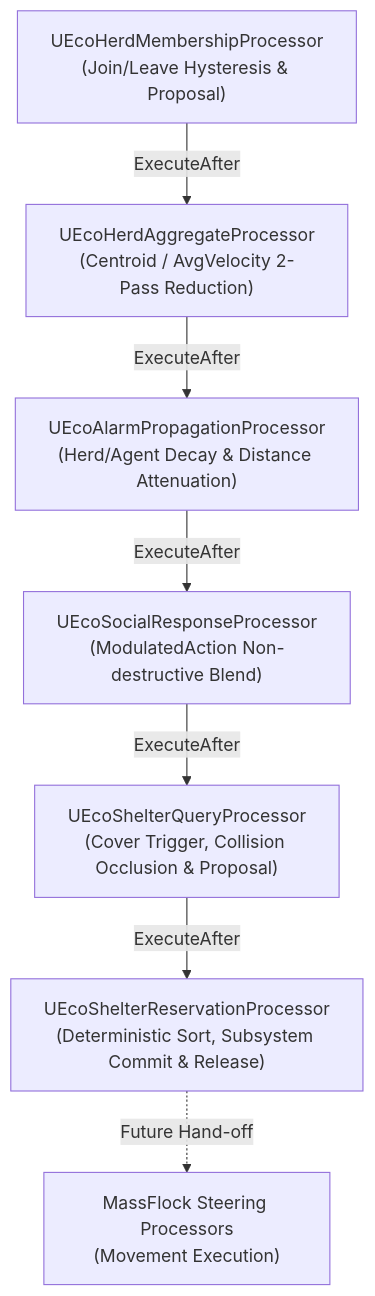
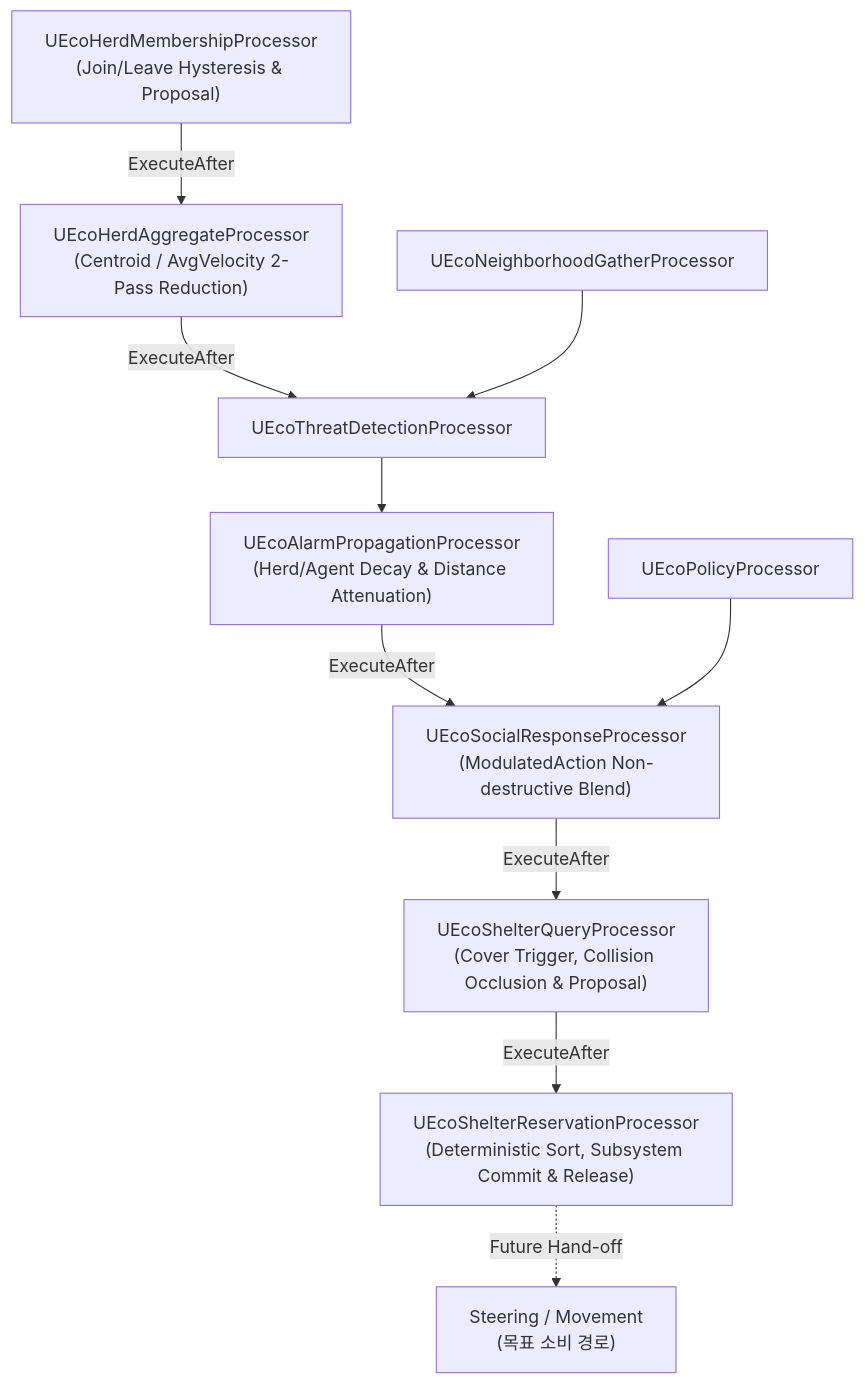
The diagram in AdaptiveEcosystem/Docs/조연우/SOCIAL_BEHAVIOR_RUNTIME_CURRENT_STATE.md (dpqksr5501/AdaptiveEcosystem), drawn with Mermaid before and after one commit. The commit also changed other lines of this file and 30 other files, not shown here.

````diff
--- a/AdaptiveEcosystem/Docs/조연우/SOCIAL_BEHAVIOR_RUNTIME_CURRENT_STATE.md
+++ b/AdaptiveEcosystem/Docs/조연우/SOCIAL_BEHAVIOR_RUNTIME_CURRENT_STATE.md
@@ -80,9 +158,12 @@
 ```mermaid
 graph TD
     A["UEcoHerdMembershipProcessor<br/>(Join/Leave Hysteresis & Proposal)"] -->|ExecuteAfter| B["UEcoHerdAggregateProcessor<br/>(Centroid / AvgVelocity 2-Pass Reduction)"]
-    B -->|ExecuteAfter| C["UEcoAlarmPropagationProcessor<br/>(Herd/Agent Decay & Distance Attenuation)"]
+    B -->|ExecuteAfter| T["UEcoThreatDetectionProcessor"]
+    G["UEcoNeighborhoodGatherProcessor"] --> T
+    T --> C["UEcoAlarmPropagationProcessor<br/>(Herd/Agent Decay & Distance Attenuation)"]
     C -->|ExecuteAfter| D["UEcoSocialResponseProcessor<br/>(ModulatedAction Non-destructive Blend)"]
+    P["UEcoPolicyProcessor"] --> D
     D -->|ExecuteAfter| E["UEcoShelterQueryProcessor<br/>(Cover Trigger, Collision Occlusion & Proposal)"]
     E -->|ExecuteAfter| F["UEcoShelterReservationProcessor<br/>(Deterministic Sort, Subsystem Commit & Release)"]
-    F -.->|Future Hand-off| G["MassFlock Steering Processors<br/>(Movement Execution)"]
+    F -.->|Future Hand-off| H["Steering / Movement<br/>(목표 소비 경로)"]
 ```
````
